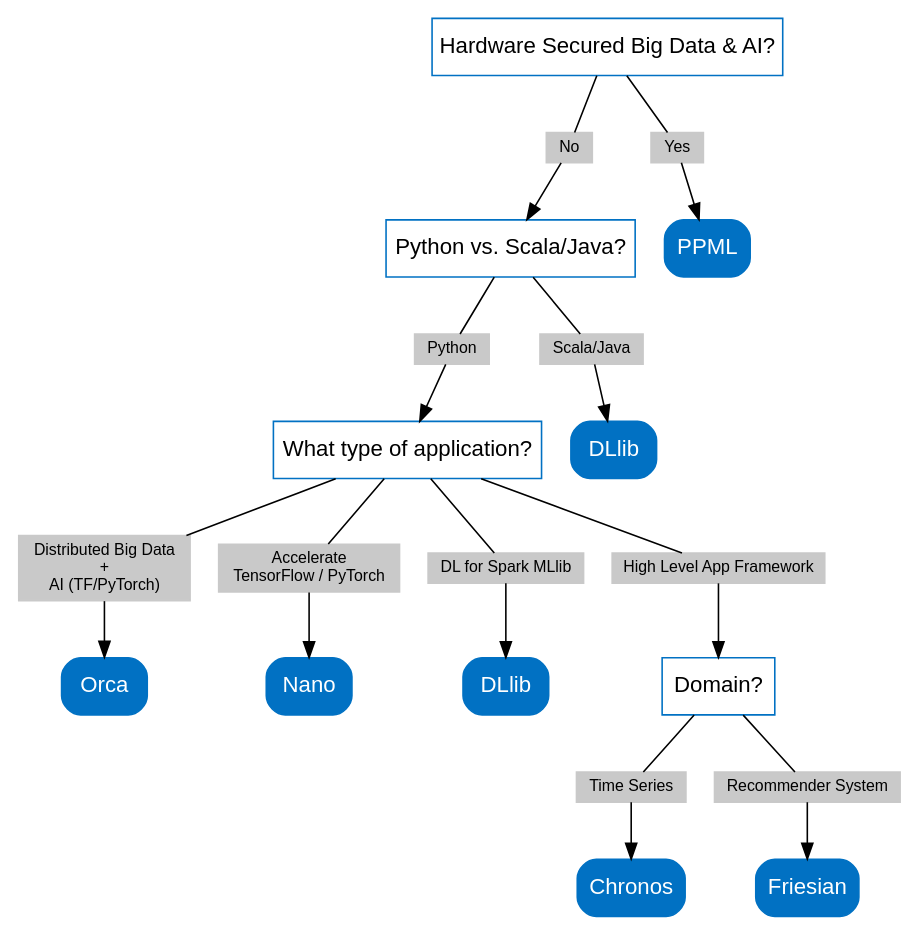
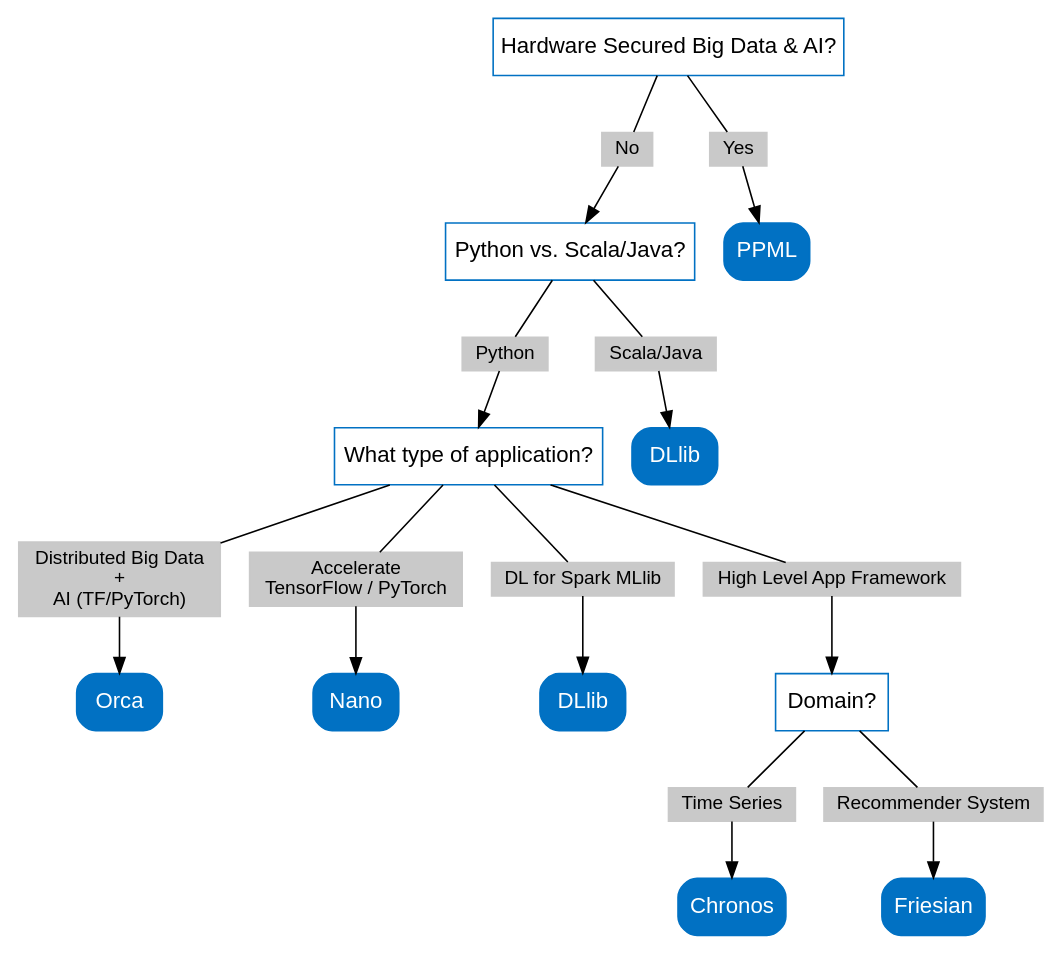
One commit to intel-analytics/ipex-llm changed the diagram in docs/readthedocs/source/index.rst. Above: the diagram before and after it, drawn with Graphviz. The commit also changed 1 other file, not shown here.

Commit message:
Revise decision tree to make it smaller

```diff
--- a/docs/readthedocs/source/index.rst
+++ b/docs/readthedocs/source/index.rst
@@ -18,53 +18,53 @@
 .. graphviz::
 
     digraph BigDLDecisionTree {
         node [color="#0171c3" shape=box fontname="Arial" fontsize=14]
         
         Feature1 [label="Hardware Secured Big Data & AI?"]
         Feature2 [label="Python vs. Scala/Java?"]
         Feature3 [label="What type of application?"]
         Feature4 [label="Domain?"]
         
         Orca[href="../doc/Orca/index.html" target="_blank" target="_blank" style="rounded,filled" fontcolor="#ffffff"]
         Nano[href="../doc/Nano/index.html" target="_blank" target="_blank" style="rounded,filled" fontcolor="#ffffff"]
         DLlib1[label="DLlib" href="../doc/DLlib/index.html" target="_blank" style="rounded,filled" fontcolor="#ffffff"]
         DLlib2[label="DLlib" href="../doc/DLlib/index.html" target="_blank" style="rounded,filled" fontcolor="#ffffff"]
         Chronos[href="../doc/Chronos/index.html" target="_blank" style="rounded,filled" fontcolor="#ffffff"]
         Friesian[href="../doc/Friesian/index.html" target="_blank" style="rounded,filled" fontcolor="#ffffff"]
         PPML[href="../doc/PPML/index.html" target="_blank" style="rounded,filled" fontcolor="#ffffff"]
         
-        ArrowLabel1[label="No" fontsize=10 width=0.1 height=0.1 style=filled color="#c9c9c9"]
-        ArrowLabel2[label="Yes" fontsize=10 width=0.1 height=0.1 style=filled color="#c9c9c9"]
-        ArrowLabel3[label="Python" fontsize=10 width=0.1 height=0.1 style=filled color="#c9c9c9"]
-        ArrowLabel4[label="Scala/Java" fontsize=10 width=0.1 height=0.1 style=filled color="#c9c9c9"]
-        ArrowLabel5[label="Distributed Big Data \n + \n AI (TF/PyTorch)" fontsize=10 width=0.1 height=0.1 style=filled color="#c9c9c9"]
-        ArrowLabel6[label="Accelerate \n TensorFlow / PyTorch" fontsize=10 width=0.1 height=0.1 style=filled color="#c9c9c9"]
-        ArrowLabel7[label="DL for Spark MLlib" fontsize=10 width=0.1 height=0.1 style=filled color="#c9c9c9"]
-        ArrowLabel8[label="High Level App Framework" fontsize=10 width=0.1 height=0.1 style=filled color="#c9c9c9"]
-        ArrowLabel9[label="Time Series" fontsize=10 width=0.1 height=0.1 style=filled color="#c9c9c9"]
-        ArrowLabel10[label="Recommender System" fontsize=10 width=0.1 height=0.1 style=filled color="#c9c9c9"]
+        ArrowLabel1[label="No" fontsize=12 width=0.1 height=0.1 style=filled color="#c9c9c9"]
+        ArrowLabel2[label="Yes" fontsize=12 width=0.1 height=0.1 style=filled color="#c9c9c9"]
+        ArrowLabel3[label="Python" fontsize=12 width=0.1 height=0.1 style=filled color="#c9c9c9"]
+        ArrowLabel4[label="Scala/Java" fontsize=12 width=0.1 height=0.1 style=filled color="#c9c9c9"]
+        ArrowLabel5[label="Distributed Big Data \n + \n AI (TF/PyTorch)" fontsize=12 width=0.1 height=0.1 style=filled color="#c9c9c9"]
+        ArrowLabel6[label="Accelerate \n TensorFlow / PyTorch" fontsize=12 width=0.1 height=0.1 style=filled color="#c9c9c9"]
+        ArrowLabel7[label="DL for Spark MLlib" fontsize=12 width=0.1 height=0.1 style=filled color="#c9c9c9"]
+        ArrowLabel8[label="High Level App Framework" fontsize=12 width=0.1 height=0.1 style=filled color="#c9c9c9"]
+        ArrowLabel9[label="Time Series" fontsize=12 width=0.1 height=0.1 style=filled color="#c9c9c9"]
+        ArrowLabel10[label="Recommender System" fontsize=12 width=0.1 height=0.1 style=filled color="#c9c9c9"]
         
         Feature1 -> ArrowLabel1[dir=none]
         ArrowLabel1 -> Feature2
         Feature1 -> ArrowLabel2[dir=none]
         ArrowLabel2 -> PPML
         
         Feature2 -> ArrowLabel3[dir=none]
         ArrowLabel3 -> Feature3
         Feature2 -> ArrowLabel4[dir=none]
         ArrowLabel4 -> DLlib1
         
         Feature3 -> ArrowLabel5[dir=none]
          ArrowLabel5 -> Orca
         Feature3 -> ArrowLabel6[dir=none]
         ArrowLabel6 -> Nano
         Feature3 -> ArrowLabel7[dir=none]
         ArrowLabel7 -> DLlib2
         Feature3 -> ArrowLabel8[dir=none]
         ArrowLabel8 -> Feature4
         
         Feature4 -> ArrowLabel9[dir=none]
         ArrowLabel9 -> Chronos
         Feature4 -> ArrowLabel10[dir=none]
         ArrowLabel10 -> Friesian
     }
```
